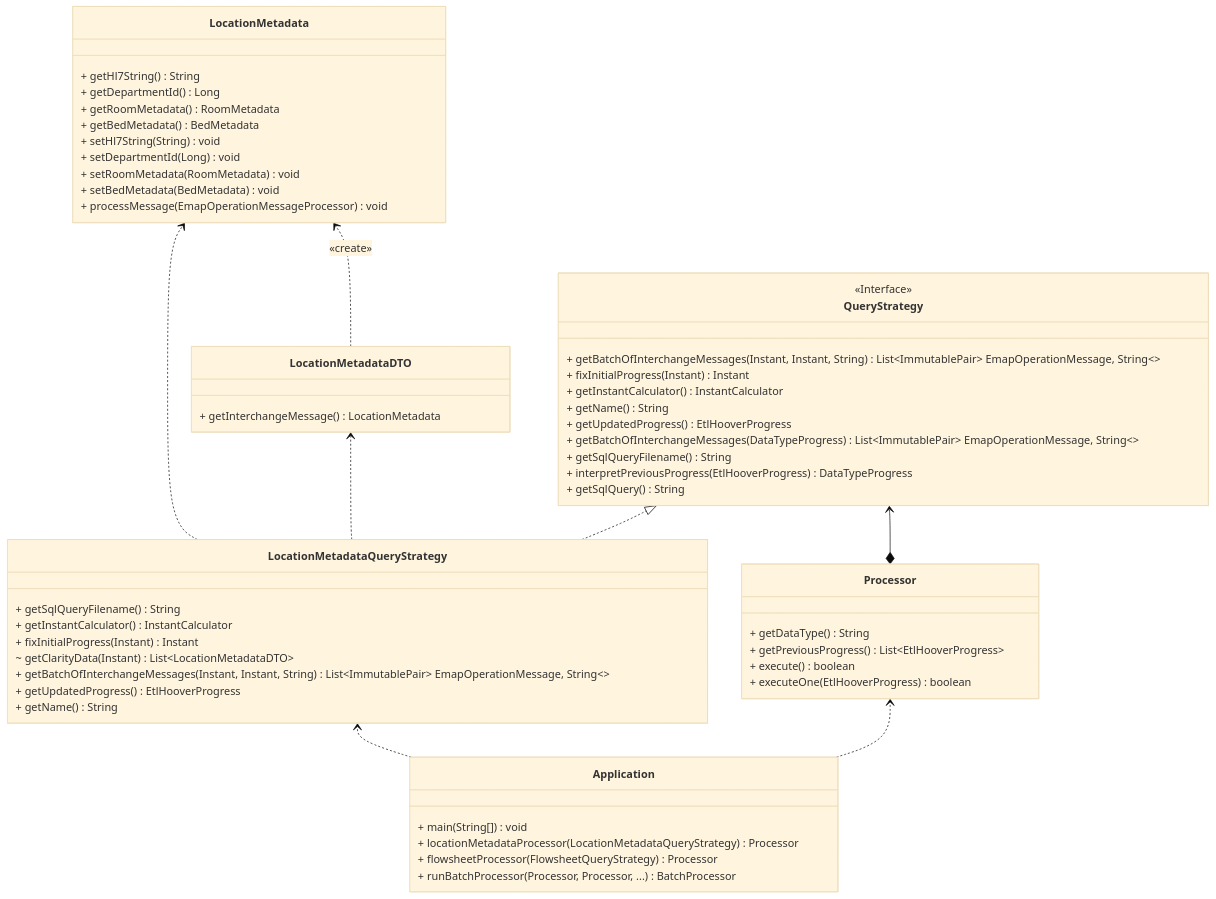
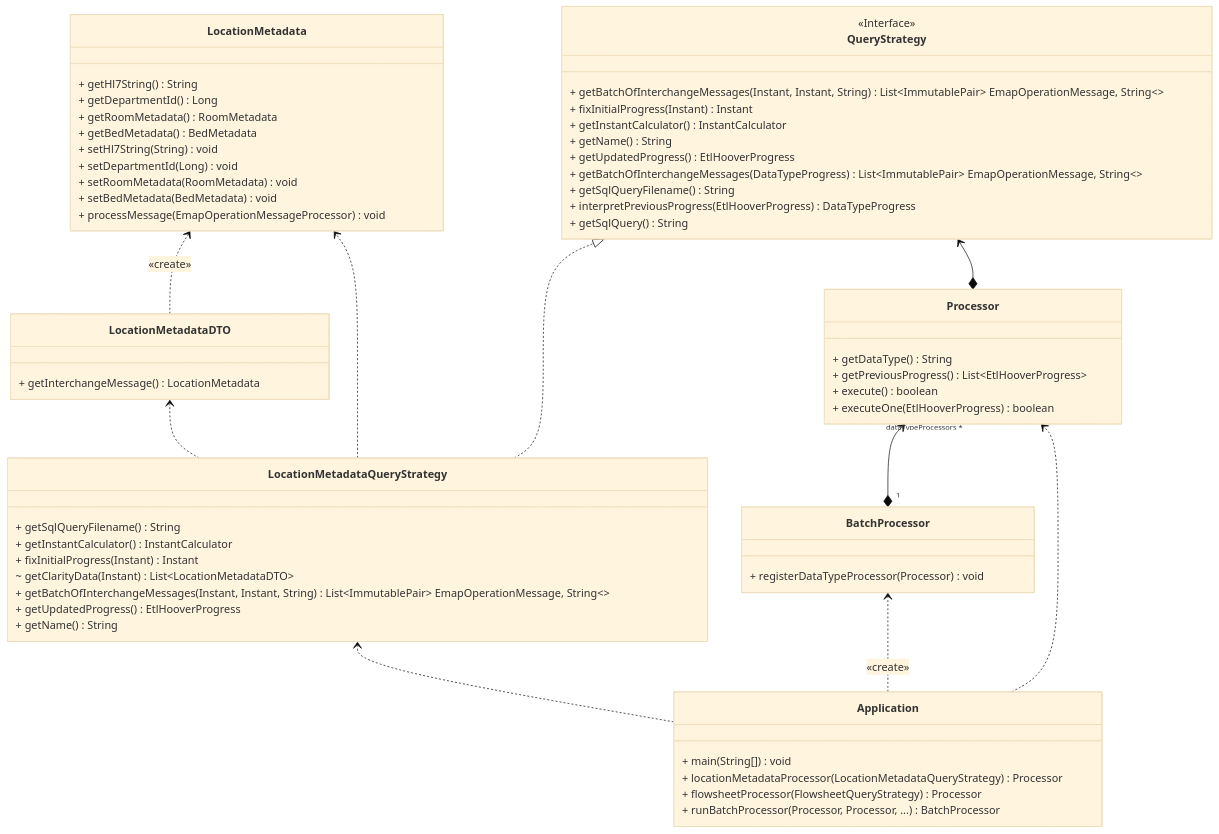
The second of 3 diagrams in docs/onboarding.md (UCLH-DHCT/emap), drawn with Mermaid (base theme) before and after one commit.

Commit message:
Add batch processor to hoover diagram

````diff
--- a/docs/onboarding.md
+++ b/docs/onboarding.md
@@ -200,59 +200,65 @@
 ```mermaid
 classDiagram
     direction BT
     class Application {
         + main(String[]) void
         + locationMetadataProcessor(LocationMetadataQueryStrategy) Processor
         + flowsheetProcessor(FlowsheetQueryStrategy) Processor
         + runBatchProcessor(Processor, Processor, ...) BatchProcessor
     }
     class LocationMetadata {
         + getHl7String() String
         + getDepartmentId() Long
         + getRoomMetadata() RoomMetadata
         + getBedMetadata() BedMetadata
         + setHl7String(String) void
         + setDepartmentId(Long) void
         + setRoomMetadata(RoomMetadata) void
         + setBedMetadata(BedMetadata) void
         + processMessage(EmapOperationMessageProcessor) void
     }
     class LocationMetadataDTO {
         + getInterchangeMessage() LocationMetadata
     }
     class LocationMetadataQueryStrategy {
         + getSqlQueryFilename() String
         + getInstantCalculator() InstantCalculator
         + fixInitialProgress(Instant) Instant
         ~ getClarityData(Instant) List~LocationMetadataDTO~
         + getBatchOfInterchangeMessages(Instant, Instant, String) List~ImmutablePair~ EmapOperationMessage, String~~
         + getUpdatedProgress() EtlHooverProgress
         + getName() String
     }
     class QueryStrategy {
         <<Interface>>
         + getBatchOfInterchangeMessages(Instant, Instant, String) List~ImmutablePair~ EmapOperationMessage, String~~
         + fixInitialProgress(Instant) Instant
         + getInstantCalculator() InstantCalculator
         + getName() String
         + getUpdatedProgress() EtlHooverProgress
         + getBatchOfInterchangeMessages(DataTypeProgress) List~ImmutablePair~ EmapOperationMessage, String~~
         + getSqlQueryFilename() String
         + interpretPreviousProgress(EtlHooverProgress) DataTypeProgress
         + getSqlQuery() String
     }
     class Processor {
         + getDataType() String
         + getPreviousProgress() List~EtlHooverProgress~
         + execute() boolean
         + executeOne(EtlHooverProgress) boolean
     }
 
+    class BatchProcessor {
+        + registerDataTypeProcessor(Processor) void
+    }
+
     Application ..> LocationMetadataQueryStrategy
     LocationMetadataDTO ..> LocationMetadata: «create»
     LocationMetadataQueryStrategy ..> LocationMetadata
     LocationMetadataQueryStrategy ..> LocationMetadataDTO
     LocationMetadataQueryStrategy ..|> QueryStrategy
     Processor *--> QueryStrategy
+    BatchProcessor "1" *--> "dataTypeProcessors *" Processor
     Application ..> Processor
+    Application  ..>  BatchProcessor : «create»
 ```
````
